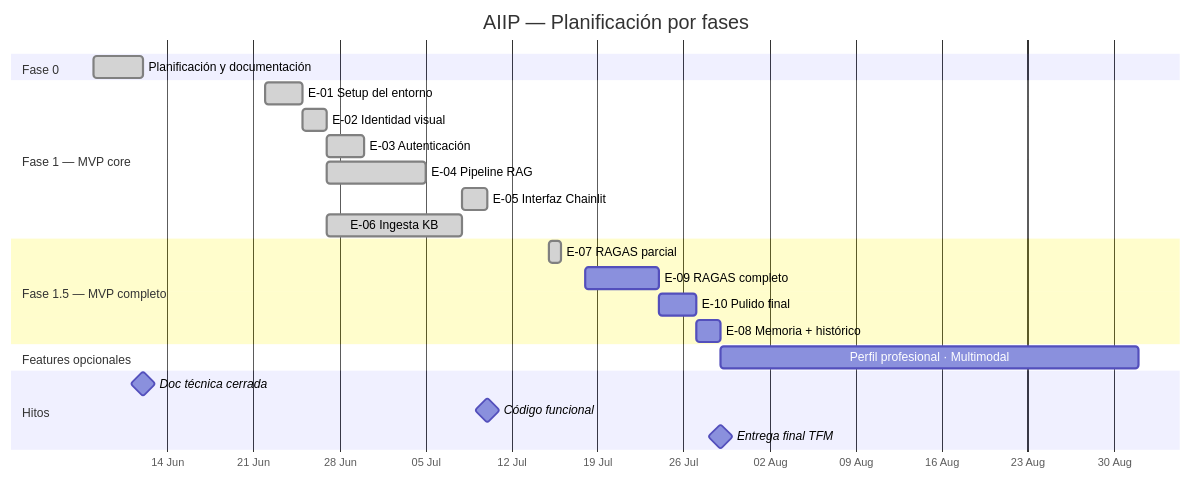
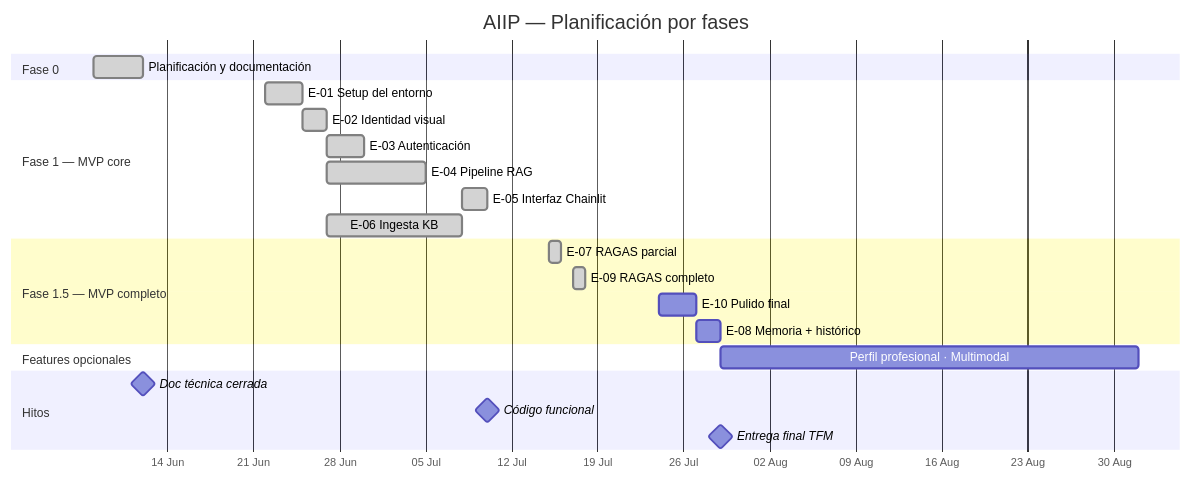
Before and after one commit to mimpho/aiip: the diagram in README.md, drawn with Mermaid. The commit also changed other lines of this file and 48 other files, not shown here.

````diff
--- a/README.md
+++ b/README.md
@@ -65,31 +65,31 @@
 ```mermaid
 gantt
     title AIIP — Planificación por fases
     dateFormat  YYYY-MM-DD
     axisFormat  %d %b
 
     section Fase 0
     Planificación y documentación     :done,    f0, 2026-06-08, 2026-06-12
 
     section Fase 1 — MVP core
     E-01 Setup del entorno            :done,    e01, 2026-06-22, 2026-06-25
     E-02 Identidad visual             :done,    e02, 2026-06-25, 2026-06-27
     E-03 Autenticación                :done,    e03, 2026-06-27, 2026-06-30
     E-04 Pipeline RAG                 :done,    e04, 2026-06-27, 2026-07-05
     E-05 Interfaz Chainlit            :done,    e05, 2026-07-08, 2026-07-10
     E-06 Ingesta KB                   :done,    e06, 2026-06-27, 2026-07-08
 
     section Fase 1.5 — MVP completo
     E-07 RAGAS parcial                :done,    e07, 2026-07-15, 2026-07-16
-    E-09 RAGAS completo                :         e09, 2026-07-18, 2026-07-24
+    E-09 RAGAS completo                :done,    e09, 2026-07-17, 2026-07-18
     E-10 Pulido final                 :         e10, 2026-07-24, 2026-07-27
     E-08 Memoria + histórico          :         e08, 2026-07-27, 2026-07-29
 
     section Features opcionales
     Perfil profesional · Multimodal   :         fo, 2026-07-29, 2026-09-01
 
     section Hitos
     Doc técnica cerrada               :milestone, 2026-06-12, 0d
     Código funcional                  :milestone, 2026-07-10, 0d
     Entrega final TFM                 :milestone, 2026-07-29, 0d
 ```
````
